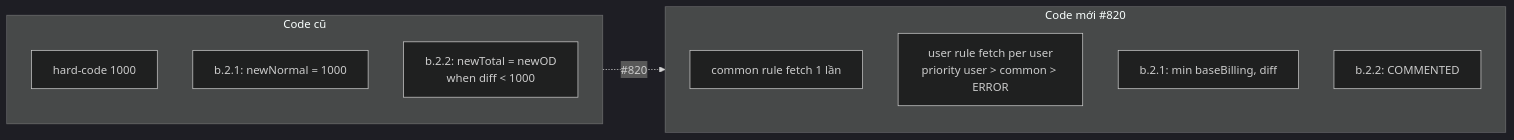
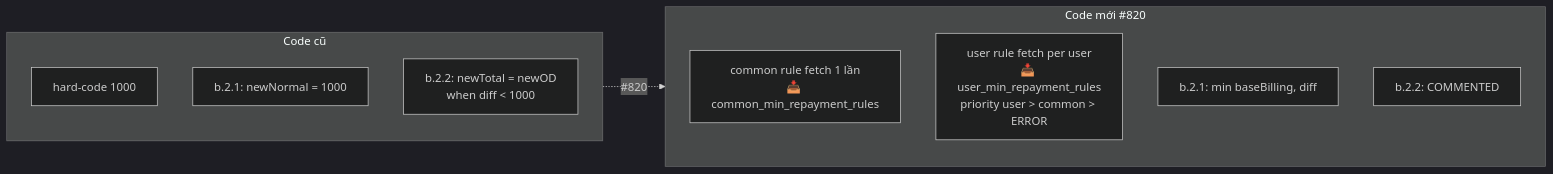
One commit to tungvv318/git-talk changed diagram 12 of 12 in README.md. Above: the diagram before and after it, drawn with Mermaid (dark theme). The commit also changed other lines of this file, not shown here.

````diff
--- a/README.md
+++ b/README.md
@@ -267,15 +271,15 @@
 ```mermaid
 flowchart LR
     subgraph Before[Code cũ]
         BA[hard-code 1000]
         BB[b.2.1: newNormal = 1000]
         BC[b.2.2: newTotal = newOD<br/>when diff < 1000]
     end
     subgraph After[Code mới #820]
-        AA[common rule fetch 1 lần]
-        AB[user rule fetch per user<br/>priority user > common > ERROR]
+        AA[common rule fetch 1 lần<br/>📥 common_min_repayment_rules]
+        AB[user rule fetch per user<br/>📥 user_min_repayment_rules<br/>priority user > common > ERROR]
         AC[b.2.1: min baseBilling, diff]
         AD[b.2.2: COMMENTED]
     end
     Before -. #820 .-> After
 ```
````
